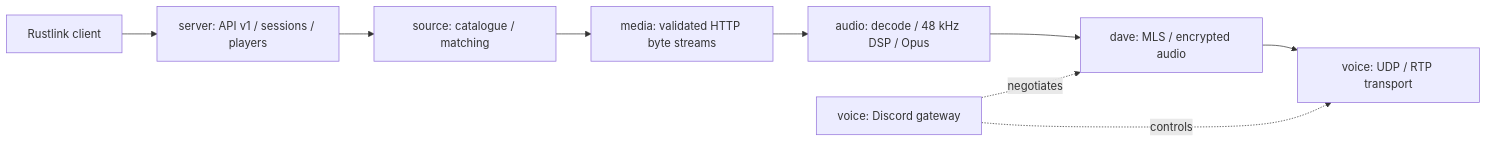
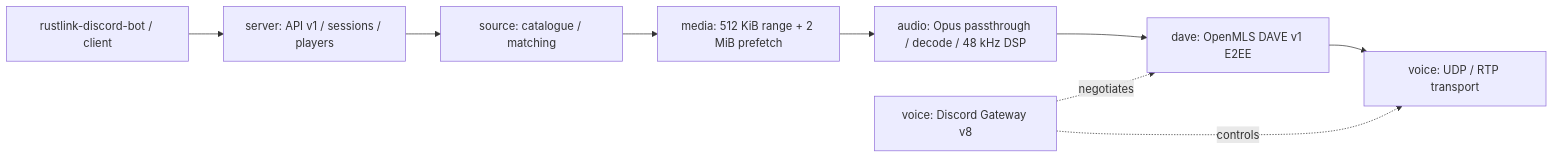
One commit to nka551774-hue/rust-link changed the diagram in docs/architecture.md. Above: the diagram before and after it, drawn with Mermaid. The commit also changed other lines of this file and 122 other files, not shown here.

````diff
--- a/docs/architecture.md
+++ b/docs/architecture.md
@@ -7,11 +7,11 @@
 ```mermaid
 flowchart LR
-    Bot[Rustlink client] --> API[server: API v1 / sessions / players]
-    API --> Source[source: catalogue / matching]
-    Source --> Media[media: validated HTTP byte streams]
-    Media --> Audio[audio: decode / 48 kHz DSP / Opus]
-    Audio --> DAVE[dave: MLS / encrypted audio]
-    DAVE --> Transport[voice: UDP / RTP transport]
-    Gateway[voice: Discord gateway] -. negotiates .-> DAVE
+    Bot["rustlink-discord-bot / client"] --> API["server: API v1 / sessions / players"]
+    API --> Source["source: catalogue / matching"]
+    Source --> Media["media: 512 KiB range + 2 MiB prefetch"]
+    Media --> Audio["audio: Opus passthrough / decode / 48 kHz DSP"]
+    Audio --> DAVE["dave: OpenMLS DAVE v1 E2EE"]
+    DAVE --> Transport["voice: UDP / RTP transport"]
+    Gateway["voice: Discord Gateway v8"] -. negotiates .-> DAVE
     Gateway -. controls .-> Transport
 ```
````
